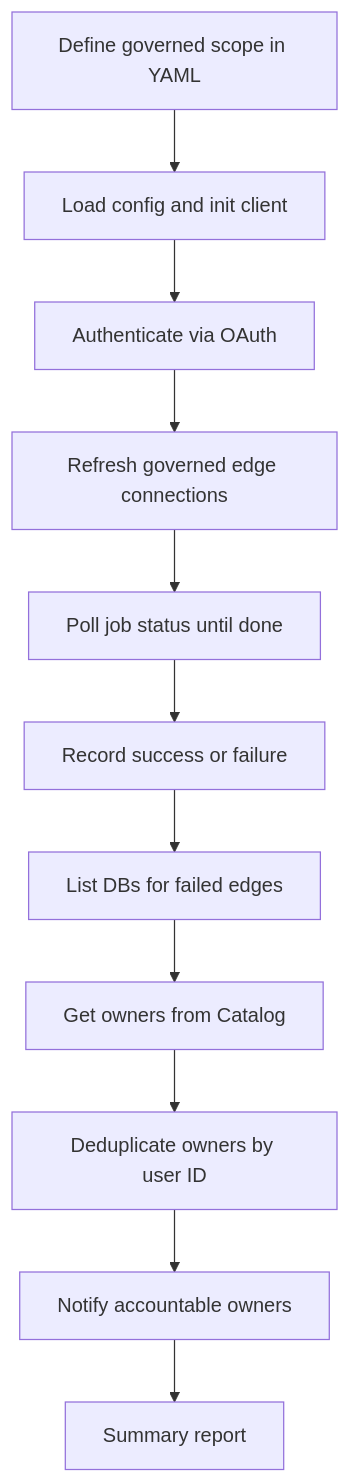
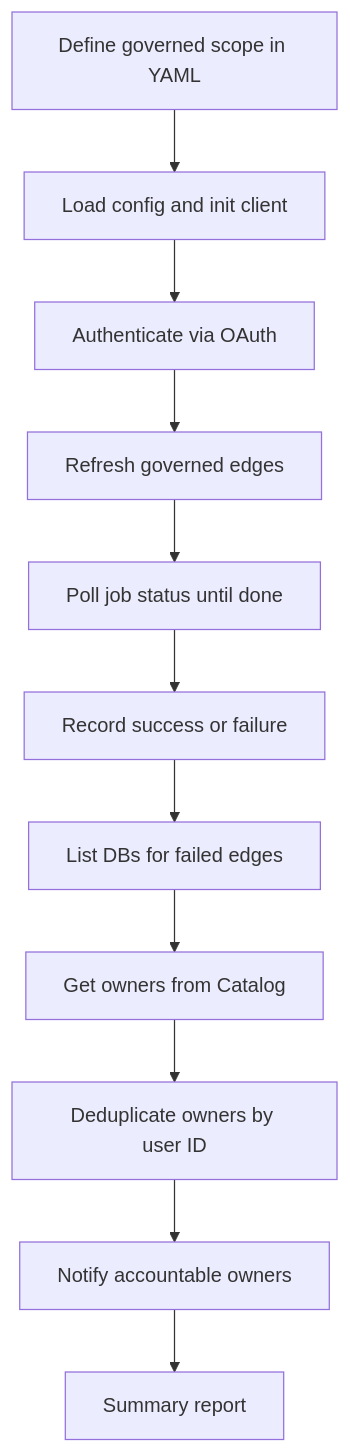
One commit to arnauudG/Collibra-Repository---Automations changed the diagram in Test Connections - Database - Collibra/README.md. Above: the diagram before and after it, drawn with Mermaid.

````diff
--- a/Test Connections - Database - Collibra/README.md
+++ b/Test Connections - Database - Collibra/README.md
@@ -124,25 +124,25 @@
 ```mermaid
 flowchart TD
     A[Define governed scope in YAML]
     B[Load config and init client]
     C[Authenticate via OAuth]
-    D[Refresh governed edge connections]
+    D[Refresh governed edges]
     E[Poll job status until done]
     F[Record success or failure]
     G[List DBs for failed edges]
     H[Get owners from Catalog]
     I[Deduplicate owners by user ID]
     J[Notify accountable owners]
     K[Summary report]
 
     A --> B
     B --> C
     C --> D
     D --> E
     E --> F
     F --> G
     G --> H
     H --> I
     I --> J
     J --> K
 ```
````
